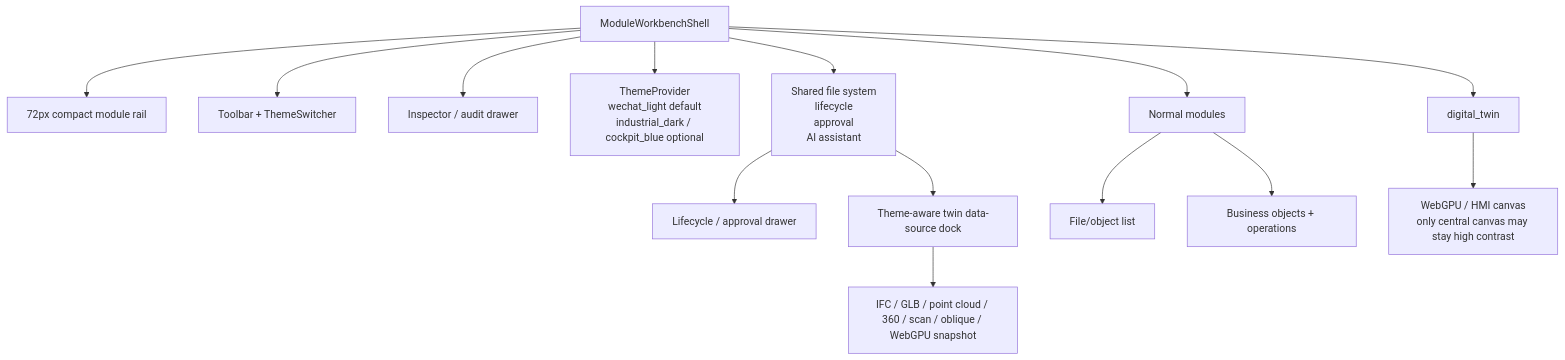
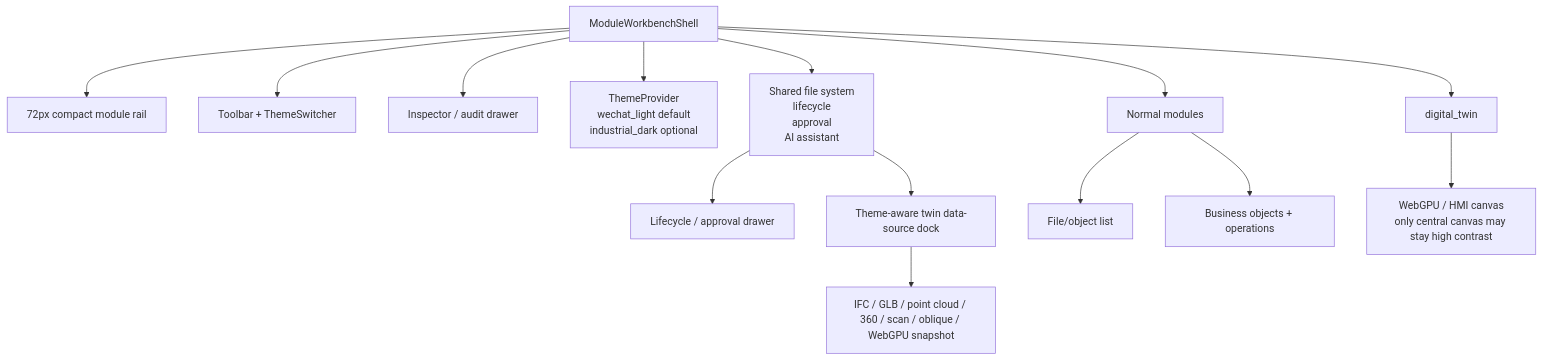
One commit to ActiveInAI/ArchIToken changed diagram 12 of 12 in docs/04_ARCHITOKEN_PANORAMA.md. Above: the diagram before and after it, drawn with Mermaid. The commit also changed 15 other files, not shown here.

Commit message:
Fix AI provider routing and remove cockpit theme

````diff
--- a/docs/04_ARCHITOKEN_PANORAMA.md
+++ b/docs/04_ARCHITOKEN_PANORAMA.md
@@ -394,17 +394,17 @@
 ```mermaid
 flowchart TB
   Shell["ModuleWorkbenchShell"]
   Shell --> Rail["72px compact module rail"]
   Shell --> Toolbar["Toolbar + ThemeSwitcher"]
   Shell --> Drawer["Inspector / audit drawer"]
-  Shell --> Theme["ThemeProvider<br/>wechat_light default<br/>industrial_dark / cockpit_blue optional"]
+  Shell --> Theme["ThemeProvider<br/>wechat_light default<br/>industrial_dark optional"]
   Shell --> Shared["Shared file system<br/>lifecycle<br/>approval<br/>AI assistant"]
   Shell --> Normal["Normal modules"]
   Shell --> Twin["digital_twin"]
   Normal --> Explorer["File/object list"]
   Normal --> Business["Business objects + operations"]
   Shared --> Lifecycle["Lifecycle / approval drawer"]
   Twin --> Canvas["WebGPU / HMI canvas<br/>only central canvas may stay high contrast"]
   Shared --> Dock["Theme-aware twin data-source dock"]
   Dock --> Sources["IFC / GLB / point cloud / 360 / scan / oblique / WebGPU snapshot"]
 ```
````
